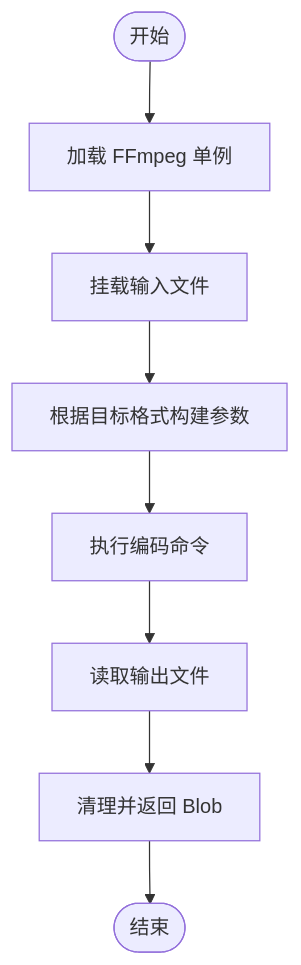
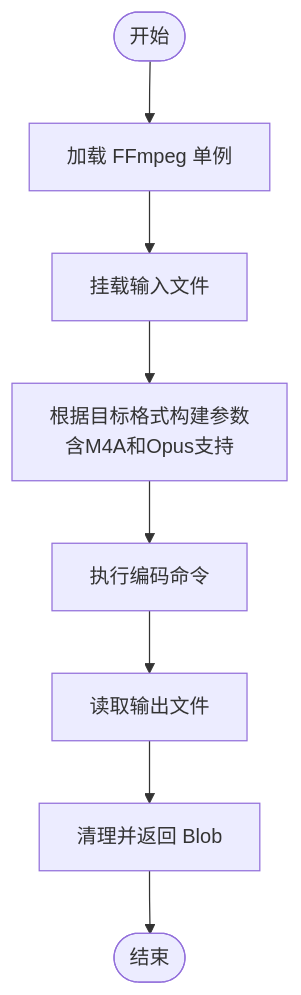
One commit to sgyy/privadeck changed the fourth of 7 diagrams in .qoder/repowiki/zh/content/音频工具/音频工具.md. Above: the diagram before and after it, drawn with Mermaid. The commit also changed other lines of this file and 7 other files, not shown here.

````diff
--- a/.qoder/repowiki/zh/content/音频工具/音频工具.md
+++ b/.qoder/repowiki/zh/content/音频工具/音频工具.md
@@ -183,10 +189,10 @@
 ```mermaid
 flowchart TD
 A_START(["开始"]) --> A_LOAD["加载 FFmpeg 单例"]
 A_LOAD --> A_MOUNT["挂载输入文件"]
-A_MOUNT --> A_BUILD["根据目标格式构建参数"]
+A_MOUNT --> A_BUILD["根据目标格式构建参数<br/>含M4A和Opus支持"]
 A_BUILD --> A_EXEC["执行编码命令"]
 A_EXEC --> A_READ["读取输出文件"]
 A_READ --> A_CLEAN["清理并返回 Blob"]
 A_CLEAN --> A_DONE(["结束"])
 ```
````
